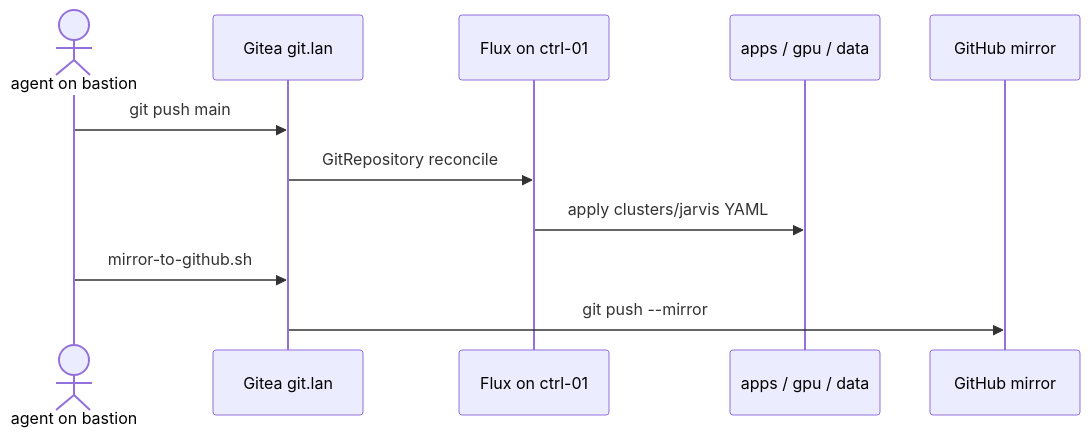
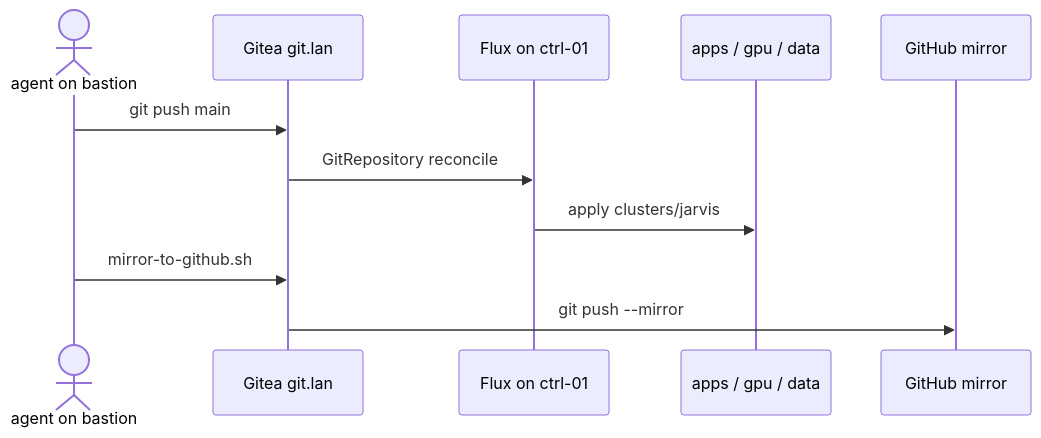
Before and after one commit to gordoncooper/jarvis-cluster: the first of 8 diagrams in README.md, drawn with Mermaid. The commit also changed other lines of this file, not shown here.

Commit message:
docs: cluster README is the Flux map (tree, router, Hands)

````diff
--- a/README.md
+++ b/README.md
@@ -33,13 +42,13 @@
 ```mermaid
 sequenceDiagram
   actor Dev as agent on bastion
   participant Gitea as Gitea git.lan
   participant Flux as Flux on ctrl-01
   participant Nodes as apps / gpu / data
   participant GH as GitHub mirror
   Dev->>Gitea: git push main
   Gitea->>Flux: GitRepository reconcile
-  Flux->>Nodes: apply clusters/jarvis YAML
+  Flux->>Nodes: apply clusters/jarvis
   Dev->>Gitea: mirror-to-github.sh
   Gitea->>GH: git push --mirror
 ```
````
